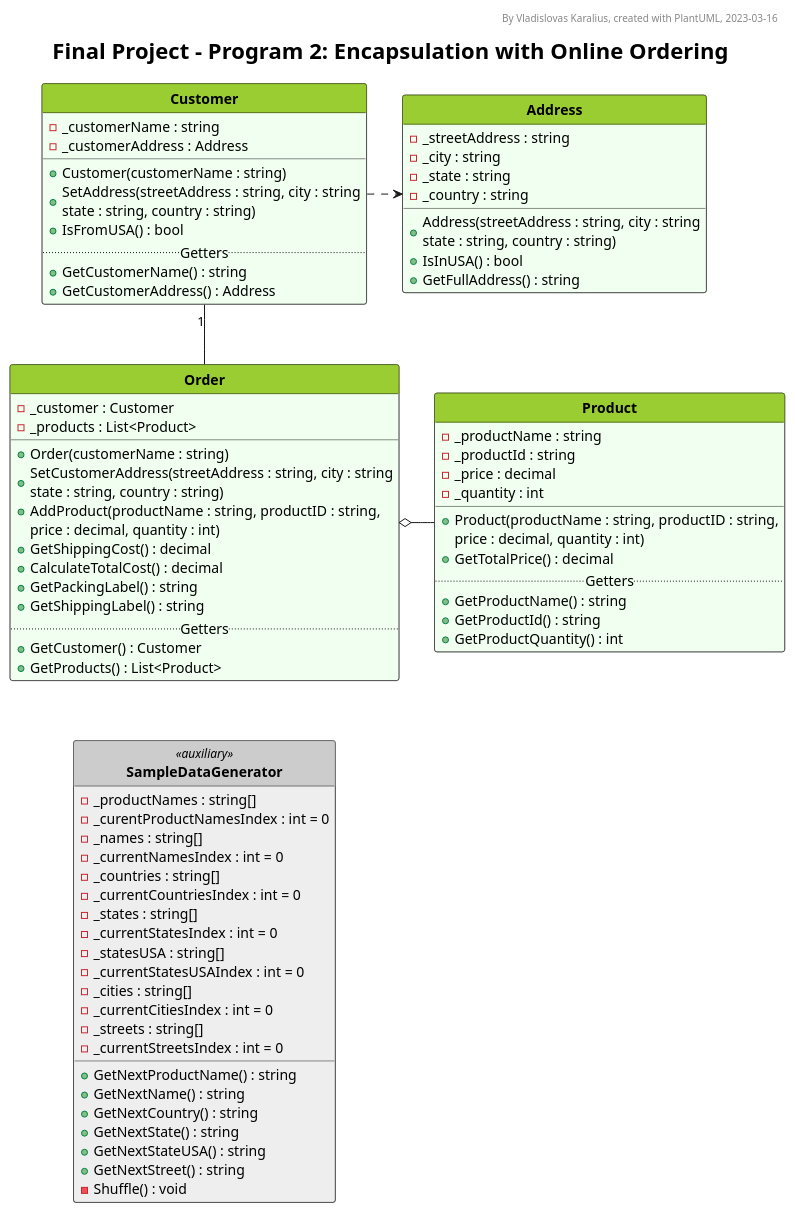
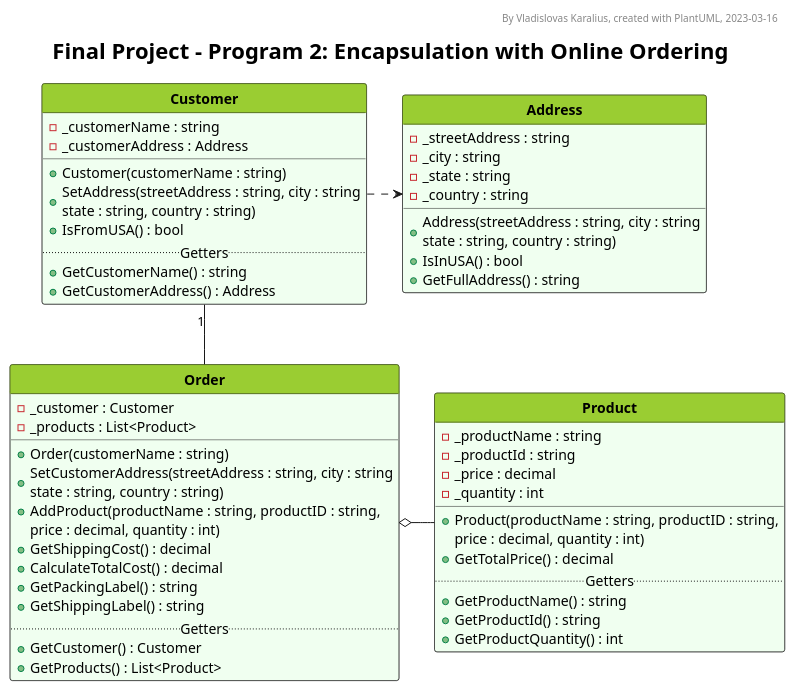
Before and after one commit to VladKaralius/cse210-projects: the diagram in final/Foundation2/UML_diagram.pu, drawn with PlantUML. The commit also changed 3 other files, not shown here.

```diff
--- a/final/Foundation2/UML_diagram.pu
+++ b/final/Foundation2/UML_diagram.pu
@@ -1,172 +1,172 @@
 @startuml UML_diagram
 
 '--Formatting options--
 hide circle
 hide empty members
 'skinparam classAttributeIconSize 0
 skinparam style strictuml
 'skinparam groupInheritance 2
 'skinparam linetype ortho
 'skinparam Nodesep 15
 'skinparam Ranksep 25
 'left to right direction
 
 '--Styling--
 'skinparam BackgroundColor White/LightGreen
 skinparam TitleFontSize 22
 
 <style>
 classDiagram {
   class {
     '-attributes and methods-
     'FontSize 14
     'FontColor black
     'BackgroundColor #fefece
     BackgroundColor #f0fff0
     'RoundCorner 0
     '-class name-
     header {
       'FontSize 12
       'FontColor Black
       FontStyle bold
       BackgroundColor YellowGreen
     }
     
     ' Alternative class style 1
     .style1 {
       BackgroundColor Bisque
       header {
         BackgroundColor Orange
       }
     }
 
     ' Alternative class style 2
     .auxiliary {
       BackgroundColor #eeeeee
       header {
         BackgroundColor #cccccc
       }
     }
   }
   note {
     BackgroundColor Yellow
   }
   legend {
     FontSize 18
   }
 </style>
 
 '--Header, title, caption--
 header By Vladislovas Karalius, created with PlantUML, 2023-03-16
 title Final Project - Program 2: Encapsulation with Online Ordering
 'caption <:warning:>Constructors without parameters are not shown in this diagram
 
 ' Dummy class that explains visibility symbols
 ' class Markers #dddddd {
 ' Attributes
 ' ..
 ' - private
 ' # protected
 ' + public
 ' {static} static
 ' --
 ' Methods
 ' ..
 ' - private()
 ' # protected()
 ' + public()
 ' {static} static()
 ' }
 
 '--Main--
 class Order {
   - _customer : Customer
   - _products : List<Product> 
   __
   + Order(customerName : string)
   + SetCustomerAddress(streetAddress : string, city : string\nstate : string, country : string)
   + AddProduct(productName : string, productID : string,
     price : decimal, quantity : int)
   + GetShippingCost() : decimal
   + CalculateTotalCost() : decimal
   + GetPackingLabel() : string
   + GetShippingLabel() : string
   ..Getters..
   + GetCustomer() : Customer
   + GetProducts() : List<Product>
 }
 
 class Product {
   - _productName : string
   - _productId : string
   - _price : decimal
   - _quantity : int
   __
   + Product(productName : string, productID : string,
     price : decimal, quantity : int)
   + GetTotalPrice() : decimal
   ..Getters..
   + GetProductName() : string
   + GetProductId() : string
   + GetProductQuantity() : int
 }
 
 class Customer {
 - _customerName : string
 - _customerAddress : Address
 __
 + Customer(customerName : string)
 + SetAddress(streetAddress : string, city : string\nstate : string, country : string)
 + IsFromUSA() : bool
 ..Getters..
 + GetCustomerName() : string
 + GetCustomerAddress() : Address
 }
 
 class Address {
   - _streetAddress : string
   - _city : string
   - _state : string
   - _country : string
   + Address(streetAddress : string, city : string\nstate : string, country : string)
   + IsInUSA() : bool
   + GetFullAddress() : string
 }
 
-class SampleDataGenerator <<auxiliary>> {
-  - _productNames : string[]
-  - _curentProductNamesIndex : int = 0
-  - _names : string[]
-  - _currentNamesIndex : int = 0
-  - _countries : string[]
-  - _currentCountriesIndex : int = 0
-  - _states : string[]
-  - _currentStatesIndex : int = 0
-  - _statesUSA : string[]
-  - _currentStatesUSAIndex : int = 0
-  - _cities : string[]
-  - _currentCitiesIndex : int = 0
-  - _streets : string[]
-  - _currentStreetsIndex : int = 0
-  + GetNextProductName() : string
-  + GetNextName() : string
-  + GetNextCountry() : string
-  + GetNextState() : string
-  + GetNextStateUSA() : string
-  + GetNextStreet() : string
-  - Shuffle() : void
-}
+' class SampleDataGenerator <<auxiliary>> {
+'   - _productNames : string[]
+'   - _curentProductNamesIndex : int = 0
+'   - _names : string[]
+'   - _currentNamesIndex : int = 0
+'   - _countries : string[]
+'   - _currentCountriesIndex : int = 0
+'   - _states : string[]
+'   - _currentStatesIndex : int = 0
+'   - _statesUSA : string[]
+'   - _currentStatesUSAIndex : int = 0
+'   - _cities : string[]
+'   - _currentCitiesIndex : int = 0
+'   - _streets : string[]
+'   - _currentStreetsIndex : int = 0
+'   + GetNextProductName() : string
+'   + GetNextName() : string
+'   + GetNextCountry() : string
+'   + GetNextState() : string
+'   + GetNextStateUSA() : string
+'   + GetNextStreet() : string
+'   - Shuffle() : void
+' }
 
 Order o- Product
 Customer "1" -- Order
 Customer .> Address
-Order .[hidden]. SampleDataGenerator
+' Order .[hidden]. SampleDataGenerator
 
 '--Description--
 ' legend bottom
 ' <size:22>__**Core Requirements**__
 ' The program has one base class **Activity**. This class contains the attributes and methods
 ' that are common to all activities. Certain functions are put into separate classes as follows:
 ' endlegend
 
 @enduml
```
